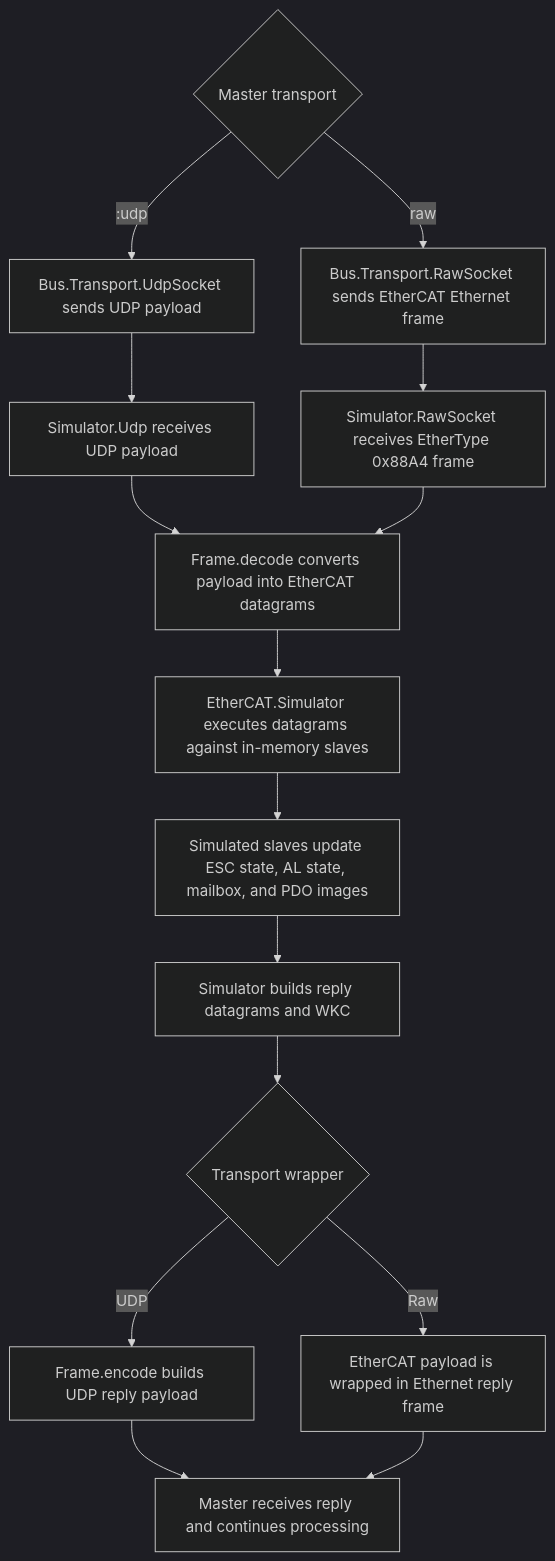
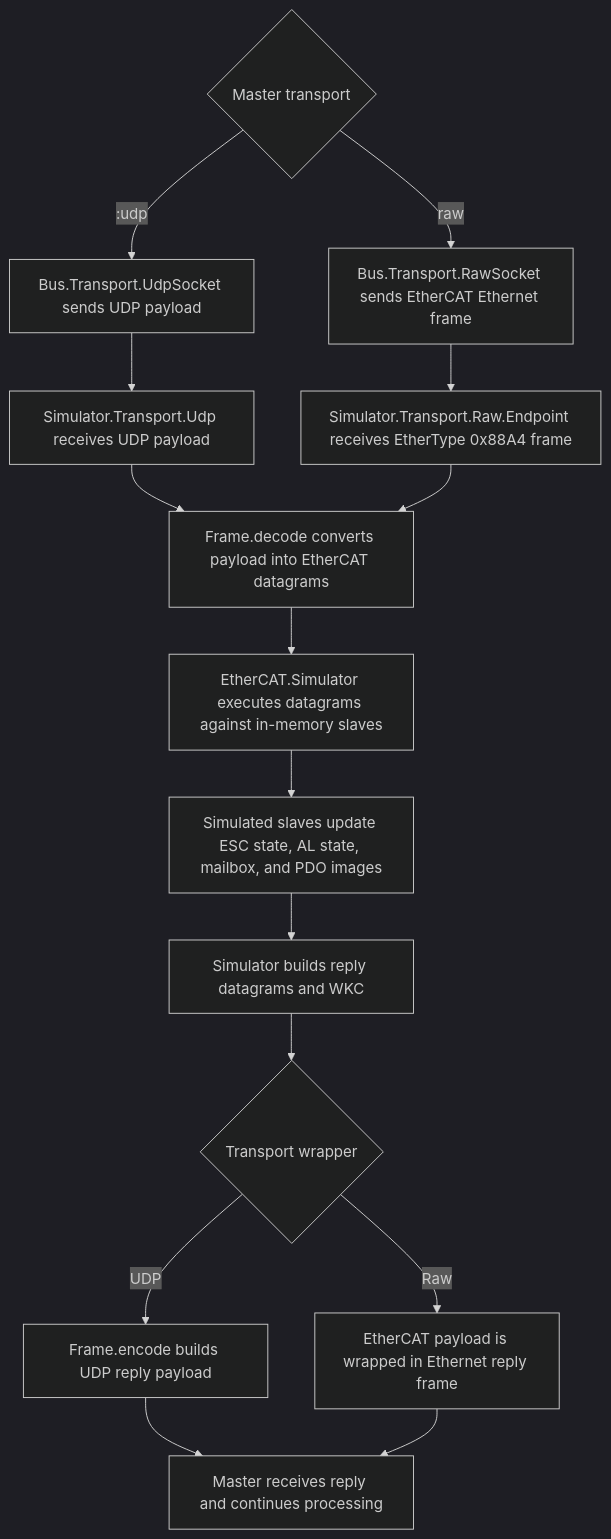
The diagram in lib/ethercat/simulator.md (sid2baker/ethercat), drawn with Mermaid (dark theme) before and after one commit. The commit also changed other lines of this file and 37 other files, not shown here.

````diff
--- a/lib/ethercat/simulator.md
+++ b/lib/ethercat/simulator.md
@@ -52,18 +52,18 @@
 ```mermaid
 flowchart TD
   A{Master transport}
   A -- :udp --> B[Bus.Transport.UdpSocket sends UDP payload]
   A -- raw --> C[Bus.Transport.RawSocket sends EtherCAT Ethernet frame]
-  B --> D[Simulator.Udp receives UDP payload]
-  C --> E[Simulator.RawSocket receives EtherType 0x88A4 frame]
+  B --> D[Simulator.Transport.Udp receives UDP payload]
+  C --> E[Simulator.Transport.Raw.Endpoint receives EtherType 0x88A4 frame]
   D --> F[Frame.decode converts payload into EtherCAT datagrams]
   E --> F
   F --> G[EtherCAT.Simulator executes datagrams against in-memory slaves]
   G --> H[Simulated slaves update ESC state, AL state, mailbox, and PDO images]
   H --> I[Simulator builds reply datagrams and WKC]
   I --> J{Transport wrapper}
   J -- UDP --> K[Frame.encode builds UDP reply payload]
   J -- Raw --> L[EtherCAT payload is wrapped in Ethernet reply frame]
   K --> M[Master receives reply and continues processing]
   L --> M
 ```
````
